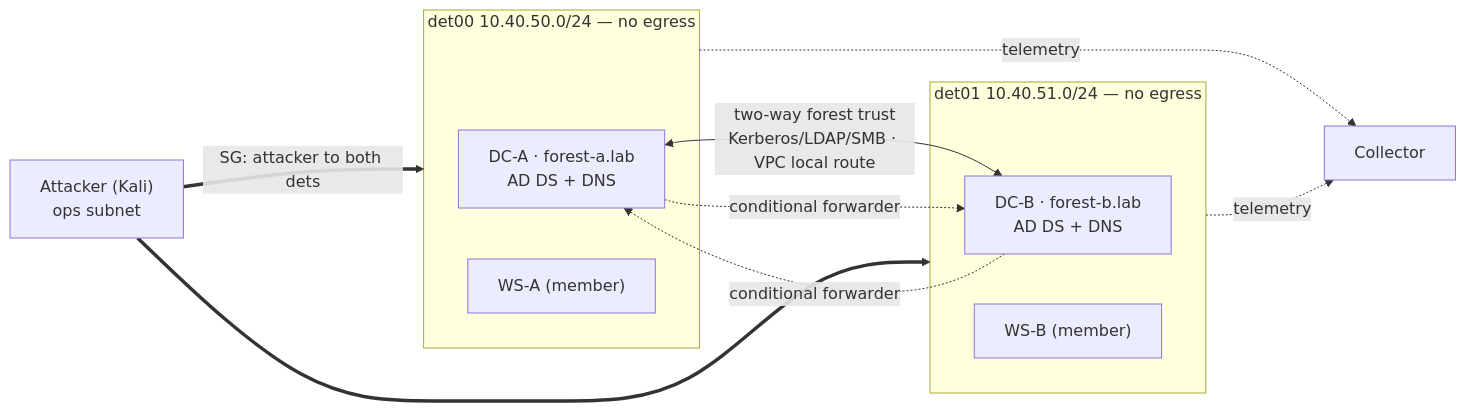
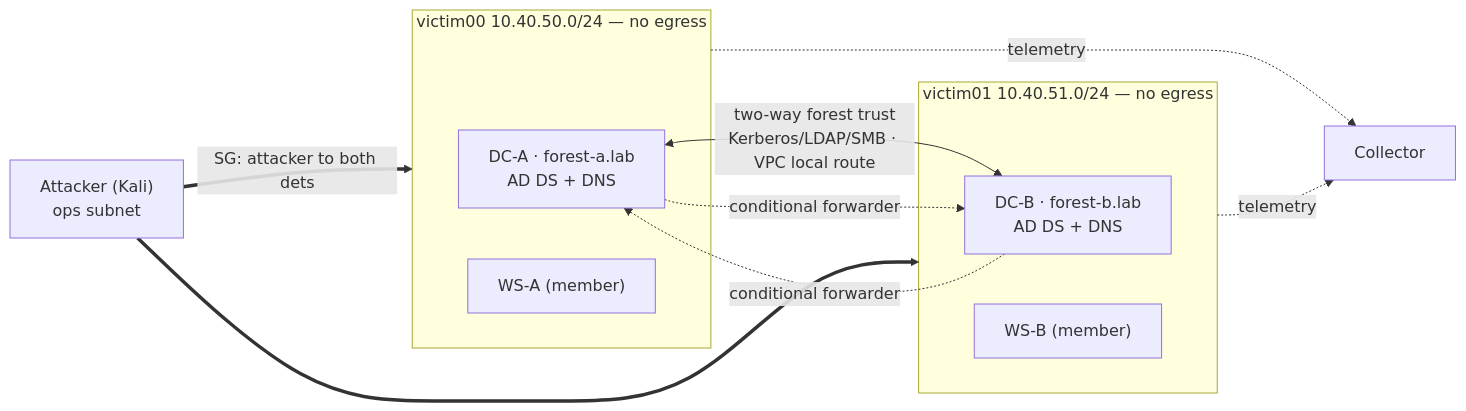
The second of 2 diagrams in _docs/decisions/0011-aws-provider-and-range-topology.md (alexrf45/security-labs), drawn with Mermaid before and after one commit. The commit also changed other lines of this file and 45 other files, not shown here.

````diff
--- a/_docs/decisions/0011-aws-provider-and-range-topology.md
+++ b/_docs/decisions/0011-aws-provider-and-range-topology.md
@@ -349,19 +355,19 @@
 ```mermaid
 graph LR
     K["Attacker (Kali)<br/>ops subnet"]
-    subgraph det00["det00 10.40.50.0/24 — no egress"]
+    subgraph victim00["victim00 10.40.50.0/24 — no egress"]
         DCA["DC-A · forest-a.lab<br/>AD DS + DNS"]
         WSA["WS-A (member)"]
     end
-    subgraph det01["det01 10.40.51.0/24 — no egress"]
+    subgraph victim01["victim01 10.40.51.0/24 — no egress"]
         DCB["DC-B · forest-b.lab<br/>AD DS + DNS"]
         WSB["WS-B (member)"]
     end
     DCA <-->|"two-way forest trust<br/>Kerberos/LDAP/SMB · VPC local route"| DCB
     DCA -.->|"conditional forwarder"| DCB
     DCB -.->|"conditional forwarder"| DCA
-    K ==>|"SG: attacker to both dets"| det00
-    K ==> det01
-    det00 -.->|"telemetry"| COL["Collector"]
-    det01 -.->|"telemetry"| COL
+    K ==>|"SG: attacker to both dets"| victim00
+    K ==> victim01
+    victim00 -.->|"telemetry"| COL["Collector"]
+    victim01 -.->|"telemetry"| COL
 ```
````
